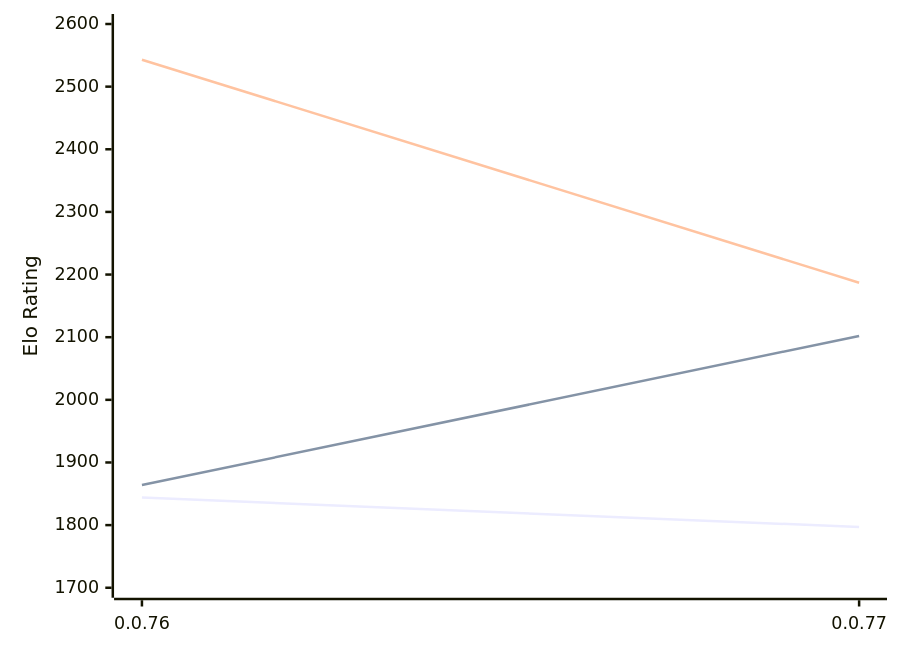
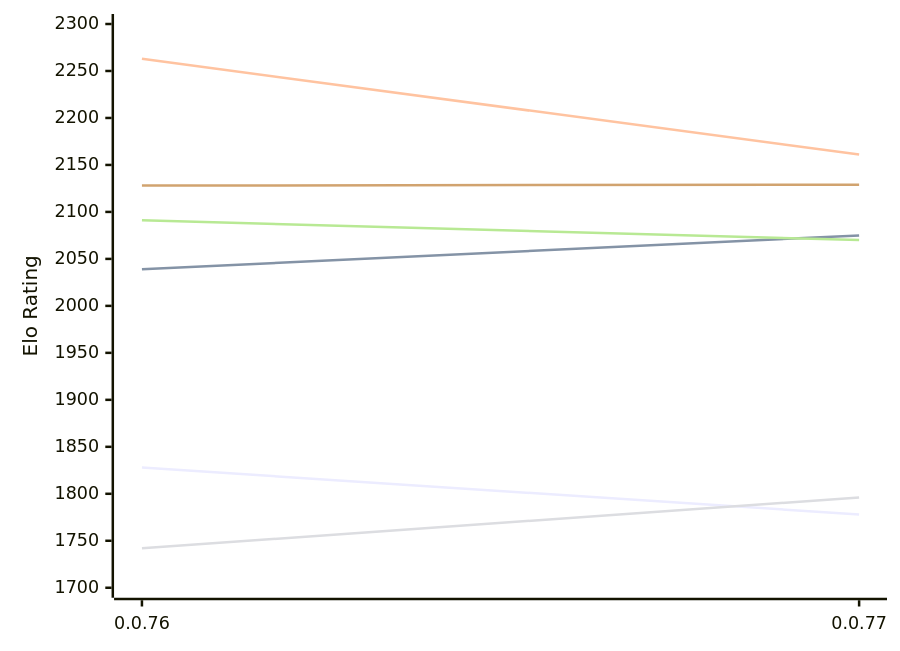
The first of 2 diagrams in engines/Fktb.md (computer-chess-index/cci), drawn with Mermaid before and after one commit. The commit also changed other lines of this file, not shown here.

Commit message:
Update CCI Ratings (ELO VLTC) - 2026-11-13

````diff
--- a/engines/Fktb.md
+++ b/engines/Fktb.md
@@ -50,12 +50,12 @@
 ```mermaid
 %%{init: {"theme":"base","themeVariables":{"seriesColors:['#a3a3a3','#222221','#faa371']}}}%%
 xychart-beta
   x-axis ["0.0.76", "0.0.77"]
-  y-axis "Elo Rating" 1700 --> 2600
-  line "E1: STC (8.0+0.08s)" [1844, 1797]
-  line "E1: LTC (60.0+0.60s)" [1864, 2102]
-  line "E1: VLTC (2m24s+1.12s)" [2543, 2187]
-  line "P1: STC (8.0+0.08s)" [1871]
-  line "P1: LTC (60.0+0.60s)" [2183]
-  line "P1: VLTC (2m24s+1.12s)" [2252]
+  y-axis "Elo Rating" 1700 --> 2300
+  line "E1: STC (8.0+0.08s)" [1828, 1778]
+  line "E1: LTC (60.0+0.60s)" [2039, 2075]
+  line "E1: VLTC (2m24s+1.12s)" [2263, 2161]
+  line "P1: STC (8.0+0.08s)" [1742, 1796]
+  line "P1: LTC (60.0+0.60s)" [2091, 2070]
+  line "P1: VLTC (2m24s+1.12s)" [2128, 2129]
 ```
````
